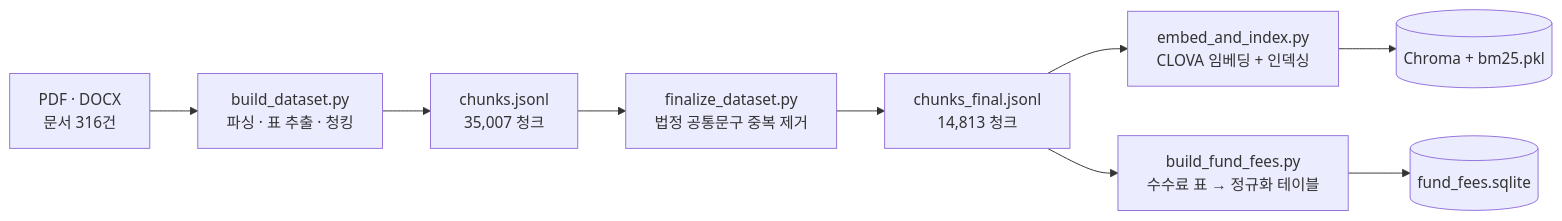
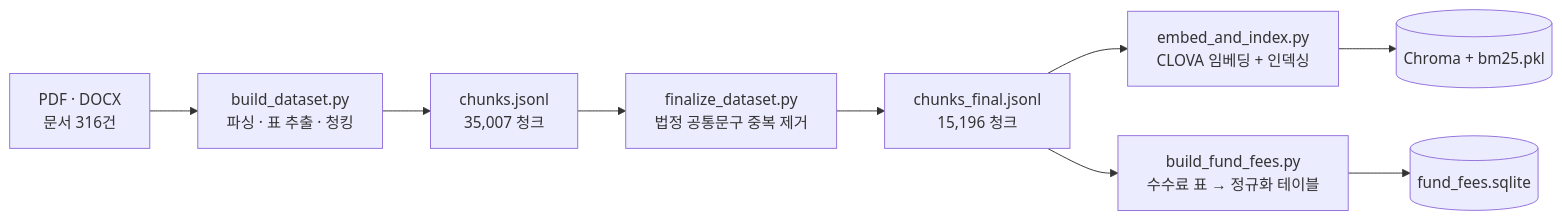
One commit to penguinnote/Mirae_Naver_MultiAgent changed the second of 2 diagrams in README.md. Above: the diagram before and after it, drawn with Mermaid. The commit also changed other lines of this file, not shown here.

````diff
--- a/README.md
+++ b/README.md
@@ -60,15 +60,15 @@
 ```mermaid
 flowchart LR
     DOC["PDF · DOCX<br/>문서 316건"]
     B1["build_dataset.py<br/>파싱 · 표 추출 · 청킹"]
     C1["chunks.jsonl<br/>35,007 청크"]
     B2["finalize_dataset.py<br/>법정 공통문구 중복 제거"]
-    C2["chunks_final.jsonl<br/>14,813 청크"]
+    C2["chunks_final.jsonl<br/>15,196 청크"]
     B3["embed_and_index.py<br/>CLOVA 임베딩 + 인덱싱"]
     B4["build_fund_fees.py<br/>수수료 표 → 정규화 테이블"]
     OUT1[("Chroma + bm25.pkl")]
     OUT2[("fund_fees.sqlite")]
 
     DOC --> B1 --> C1 --> B2 --> C2 --> B3 --> OUT1
     C2 --> B4 --> OUT2
 ```
````
